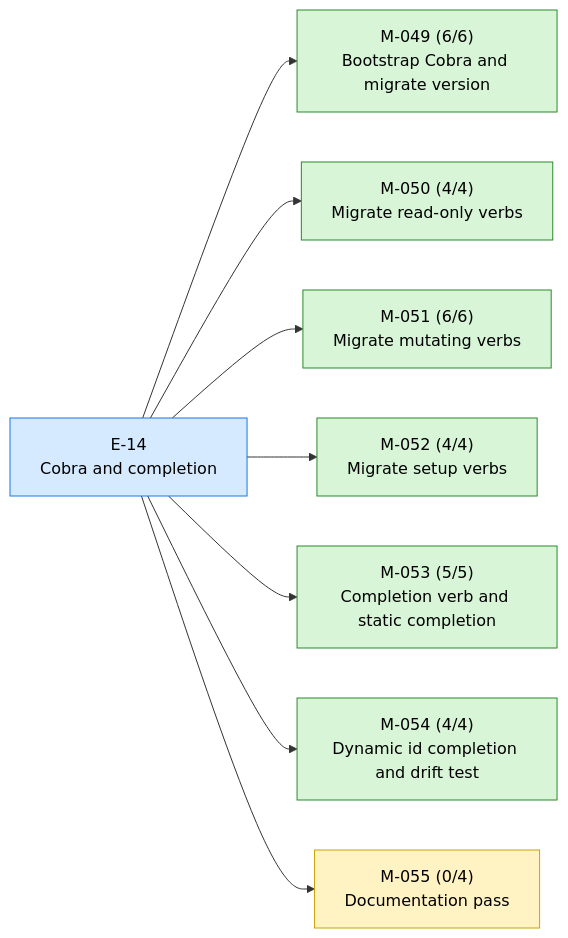
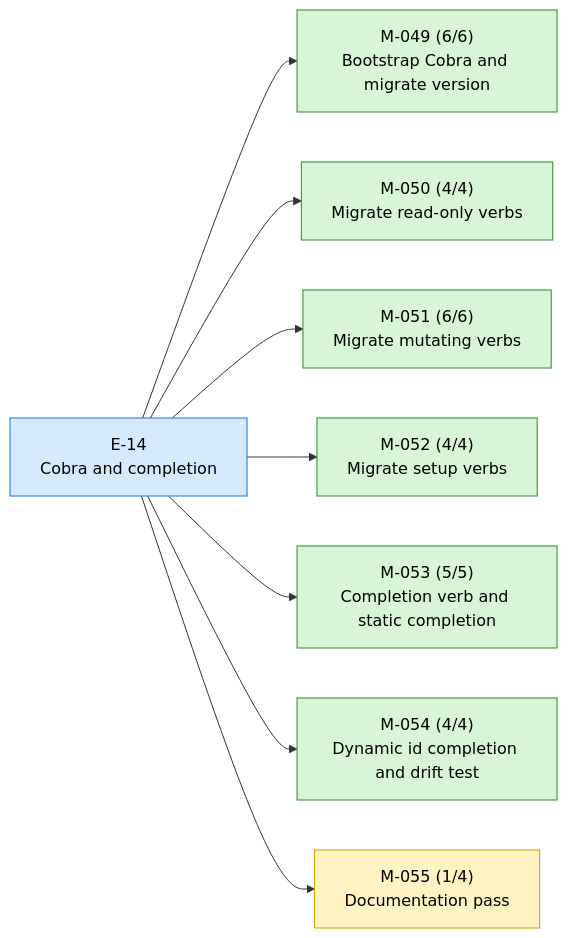
The first of 2 diagrams in STATUS.md (23min/aiwf), drawn with Mermaid before and after one commit. The commit also changed other lines of this file and 1 other file, not shown here.

Commit message:
aiwf promote M-055/AC-1 open -> met
aiwf-verb: promote
aiwf-entity: M-055/AC-1
aiwf-actor: human/peter
aiwf-to: met

````diff
--- a/STATUS.md
+++ b/STATUS.md
@@ -17,24 +17,24 @@
 ```mermaid
 flowchart LR
   E_14["E-14<br/>Cobra and completion"]:::epic_active
   M_049["M-049 (6/6)<br/>Bootstrap Cobra and migrate version"]:::ms_done
   E_14 --> M_049
   M_050["M-050 (4/4)<br/>Migrate read-only verbs"]:::ms_done
   E_14 --> M_050
   M_051["M-051 (6/6)<br/>Migrate mutating verbs"]:::ms_done
   E_14 --> M_051
   M_052["M-052 (4/4)<br/>Migrate setup verbs"]:::ms_done
   E_14 --> M_052
   M_053["M-053 (5/5)<br/>Completion verb and static completion"]:::ms_done
   E_14 --> M_053
   M_054["M-054 (4/4)<br/>Dynamic id completion and drift test"]:::ms_done
   E_14 --> M_054
-  M_055["M-055 (0/4)<br/>Documentation pass"]:::ms_in_progress
+  M_055["M-055 (1/4)<br/>Documentation pass"]:::ms_in_progress
   E_14 --> M_055
   classDef epic_active fill:#d6eaff,stroke:#1a73e8,color:#000
   classDef epic_proposed fill:#f4f4f4,stroke:#888,color:#000
   classDef ms_done fill:#d8f5d8,stroke:#2a8a2a,color:#000
   classDef ms_in_progress fill:#fff3c4,stroke:#caa400,color:#000
   classDef ms_draft fill:#f4f4f4,stroke:#888,color:#000
   classDef ms_cancelled fill:#fbeaea,stroke:#c33,color:#000
 ```
````
